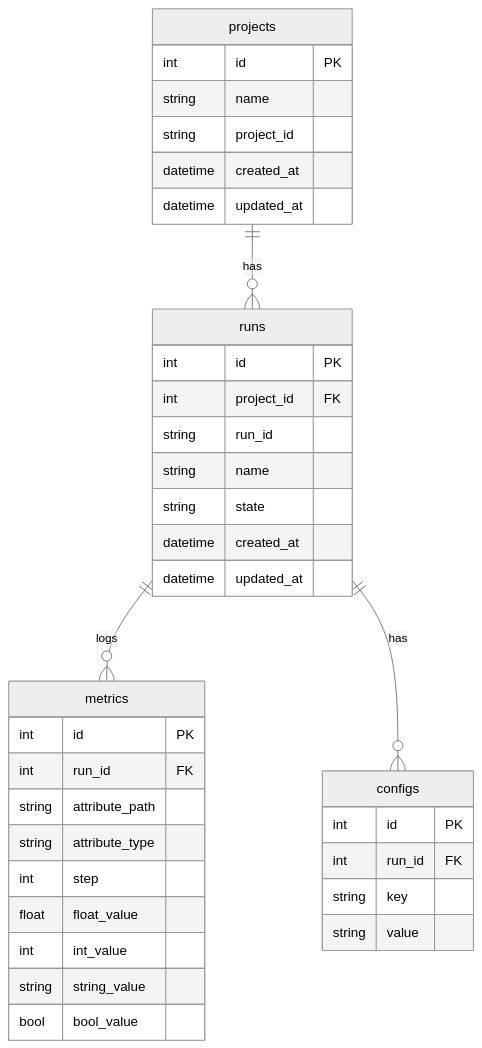
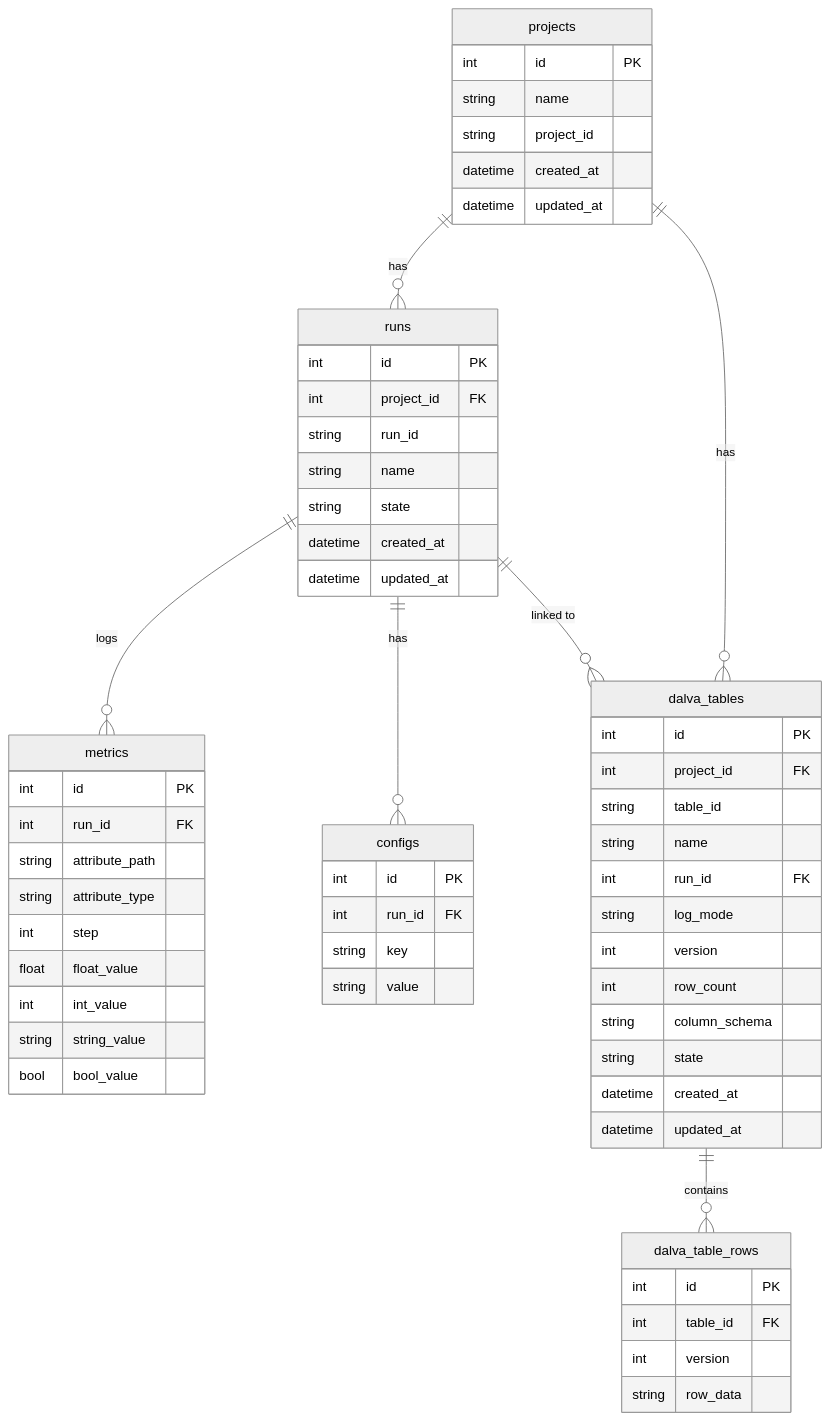
The second of 3 diagrams in docs/architecture.md (tuliosouza99/Dalva), drawn with Mermaid (neutral theme) before and after one commit. The commit also changed other lines of this file and 27 other files, not shown here.

First line of the commit message:
Add Table feature for tracking tabular data alongside runs

````diff
--- a/docs/architecture.md
+++ b/docs/architecture.md
@@ -98,43 +96,68 @@
 ```mermaid
 erDiagram
     projects {
         int id PK
         string name
         string project_id
         datetime created_at
         datetime updated_at
     }
     
     runs {
         int id PK
         int project_id FK
         string run_id
         string name
         string state
         datetime created_at
         datetime updated_at
     }
     
     metrics {
         int id PK
         int run_id FK
         string attribute_path
         string attribute_type
         int step
         float float_value
         int int_value
         string string_value
         bool bool_value
     }
     
     configs {
         int id PK
         int run_id FK
         string key
         string value
     }
     
+    dalva_tables {
+        int id PK
+        int project_id FK
+        string table_id
+        string name
+        int run_id FK
+        string log_mode
+        int version
+        int row_count
+        string column_schema
+        string state
+        datetime created_at
+        datetime updated_at
+    }
+    
+    dalva_table_rows {
+        int id PK
+        int table_id FK
+        int version
+        string row_data
+    }
+    
     projects ||--o{ runs : "has"
+    projects ||--o{ dalva_tables : "has"
     runs ||--o{ metrics : "logs"
     runs ||--o{ configs : "has"
+    runs ||--o{ dalva_tables : "linked to"
+    dalva_tables ||--o{ dalva_table_rows : "contains"
 ```
````
